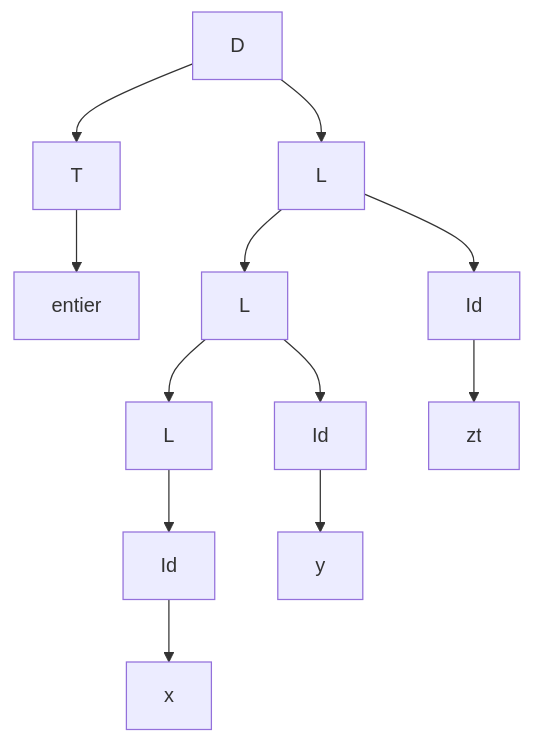
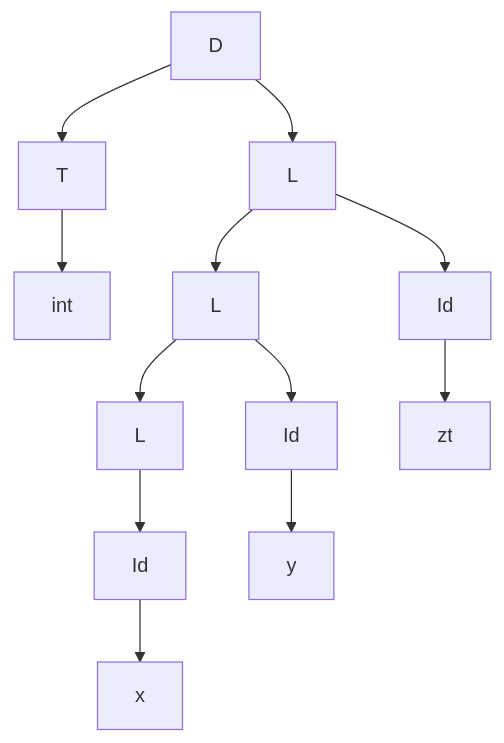
The fifth of 8 diagrams in L3/S5/Compilation/Cm.md (RonanFreezy/L3), drawn with Mermaid before and after one commit. The commit also changed other lines of this file, not shown here.

````diff
--- a/L3/S5/Compilation/Cm.md
+++ b/L3/S5/Compilation/Cm.md
@@ -327,19 +241,18 @@
 ```mermaid
-graph
+graph TD
+    d1["D"] --> t1["T"]
+    d1 --> l1["L"]
 
-d1["D"]--> t1["T"]
-d1--> l1["L"]
+    t1 --> e["int"]
+    l1 --> l2["L"]
+    l1 --> id1["Id"]
 
-t1--> e["entier"]
-l1-->l2["L"]
-l1-->id1["Id"]
+    l2 --> l3["L"]
+    l2 --> id2["Id"]
+    id1 --> zt
 
-l2-->l3["L"]
-l2-->id2["Id"]
-id1-->zt
+    l3 --> id3["Id"]
+    id2 --> y
 
-l3-->id3["Id"]
-id2-->y
-
-id3-->x
+    id3 --> x
 ```
````
